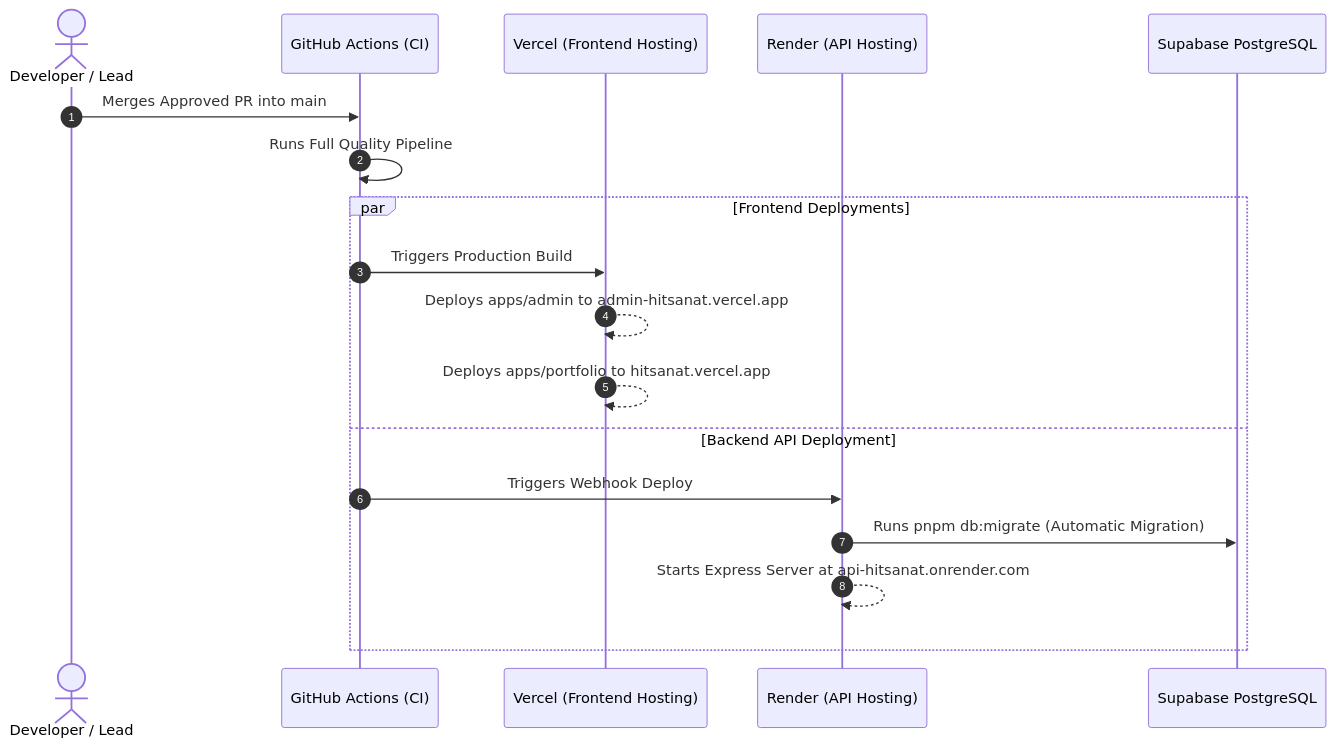
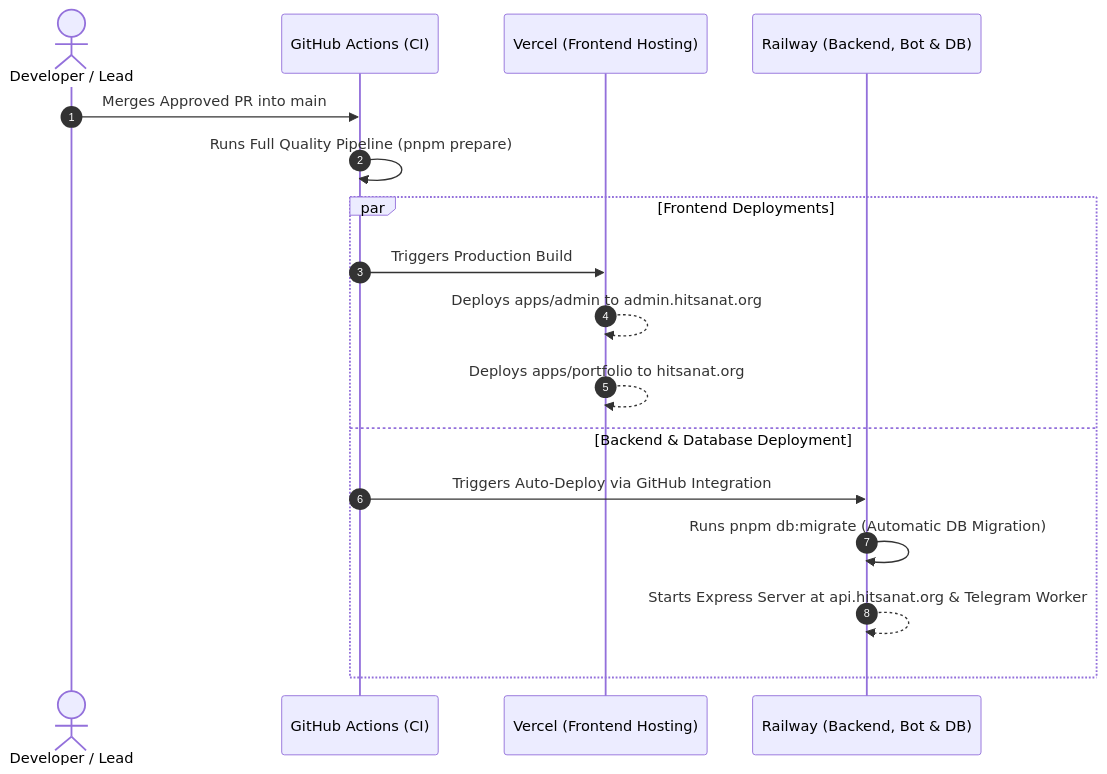
The diagram in docs/ci-cd/deployment.md (Hitsanat-Kfl/hitsanat), drawn with Mermaid before and after one commit. The commit also changed other lines of this file and 13 other files, not shown here.

First line of the commit message:
docs: adopt Railway for always-on backend deployment and resolve cold start trade-offs

````diff
--- a/docs/ci-cd/deployment.md
+++ b/docs/ci-cd/deployment.md
@@ -10,22 +10,21 @@
 ```mermaid
 sequenceDiagram
     autonumber
     actor Dev as Developer / Lead
     participant GitHub as GitHub Actions (CI)
     participant Vercel as Vercel (Frontend Hosting)
-    participant Render as Render (API Hosting)
-    participant Supabase as Supabase PostgreSQL
+    participant Railway as Railway (Backend, Bot & DB)
 
     Dev->>GitHub: Merges Approved PR into main
-    GitHub->>GitHub: Runs Full Quality Pipeline
+    GitHub->>GitHub: Runs Full Quality Pipeline (pnpm prepare)
     
     par Frontend Deployments
         GitHub->>Vercel: Triggers Production Build
-        Vercel-->>Vercel: Deploys apps/admin to admin-hitsanat.vercel.app
-        Vercel-->>Vercel: Deploys apps/portfolio to hitsanat.vercel.app
-    and Backend API Deployment
-        GitHub->>Render: Triggers Webhook Deploy
-        Render->>Supabase: Runs pnpm db:migrate (Automatic Migration)
-        Render-->>Render: Starts Express Server at api-hitsanat.onrender.com
+        Vercel-->>Vercel: Deploys apps/admin to admin.hitsanat.org
+        Vercel-->>Vercel: Deploys apps/portfolio to hitsanat.org
+    and Backend & Database Deployment
+        GitHub->>Railway: Triggers Auto-Deploy via GitHub Integration
+        Railway->>Railway: Runs pnpm db:migrate (Automatic DB Migration)
+        Railway-->>Railway: Starts Express Server at api.hitsanat.org & Telegram Worker
     end
 ```
````
